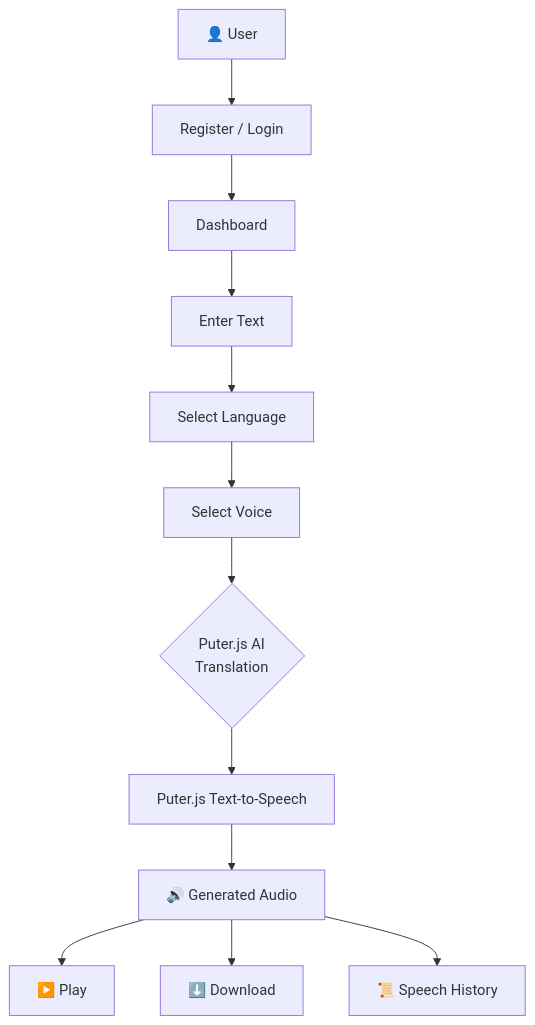
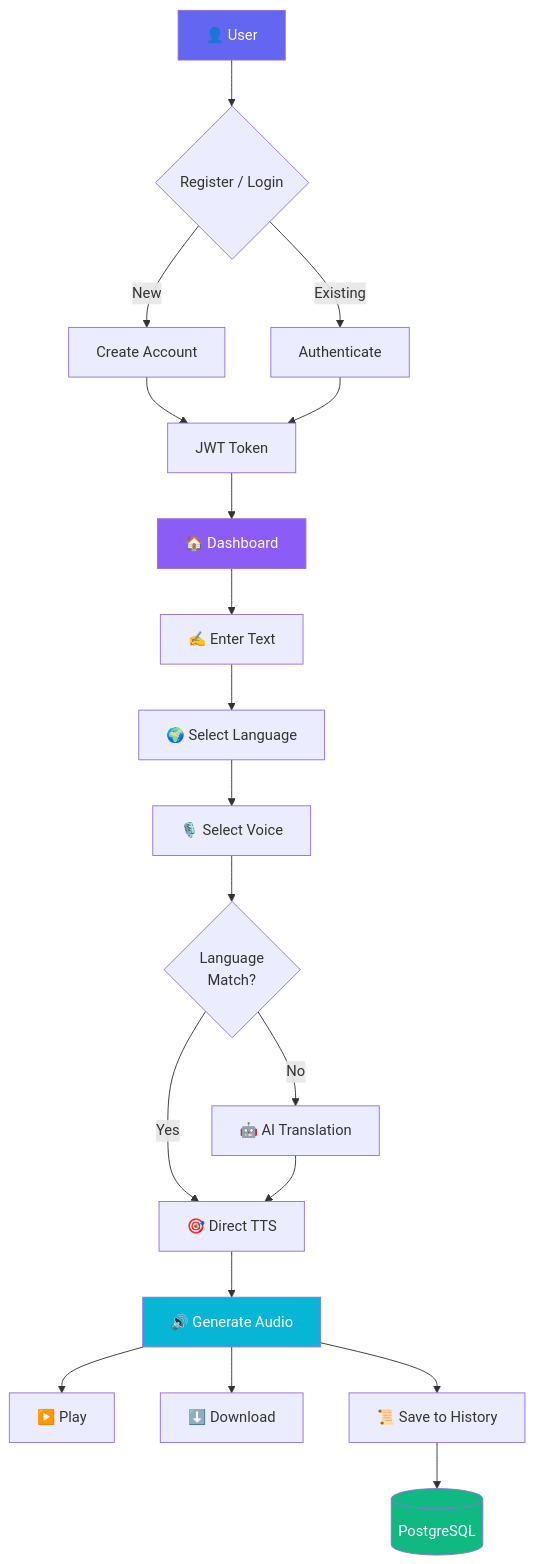
One commit to JADAVDHRUVIT21/Text-To-Speech changed the second of 6 diagrams in README.md. Above: the diagram before and after it, drawn with Mermaid. The commit also changed other lines of this file, not shown here.

````diff
--- a/README.md
+++ b/README.md
@@ -139,14 +314,26 @@
 ```mermaid
 flowchart TD
-    A[👤 User] --> B[Register / Login]
-    B --> C[Dashboard]
-    C --> D[Enter Text]
-    D --> E[Select Language]
-    E --> F[Select Voice]
-    F --> G{Puter.js AI<br/>Translation}
-    G --> H[Puter.js Text-to-Speech]
-    H --> I[🔊 Generated Audio]
-    I --> J[▶️ Play]
-    I --> K[⬇️ Download]
-    I --> L[📜 Speech History]
+    A[👤 User] --> B{Register / Login}
+    B -->|New| C[Create Account]
+    B -->|Existing| D[Authenticate]
+    C --> E[JWT Token]
+    D --> E
+    E --> F[🏠 Dashboard]
+    F --> G[✍️ Enter Text]
+    G --> H[🌍 Select Language]
+    H --> I[🎙️ Select Voice]
+    I --> J{Language<br/>Match?}
+    J -->|No| K[🤖 AI Translation]
+    J -->|Yes| L[🎯 Direct TTS]
+    K --> L
+    L --> M[🔊 Generate Audio]
+    M --> N[▶️ Play]
+    M --> O[⬇️ Download]
+    M --> P[📜 Save to History]
+    P --> Q[(PostgreSQL)]
+
+    style A fill:#6366f1,color:#fff
+    style F fill:#8b5cf6,color:#fff
+    style M fill:#06b6d4,color:#fff
+    style Q fill:#10b981,color:#fff
 ```
````
